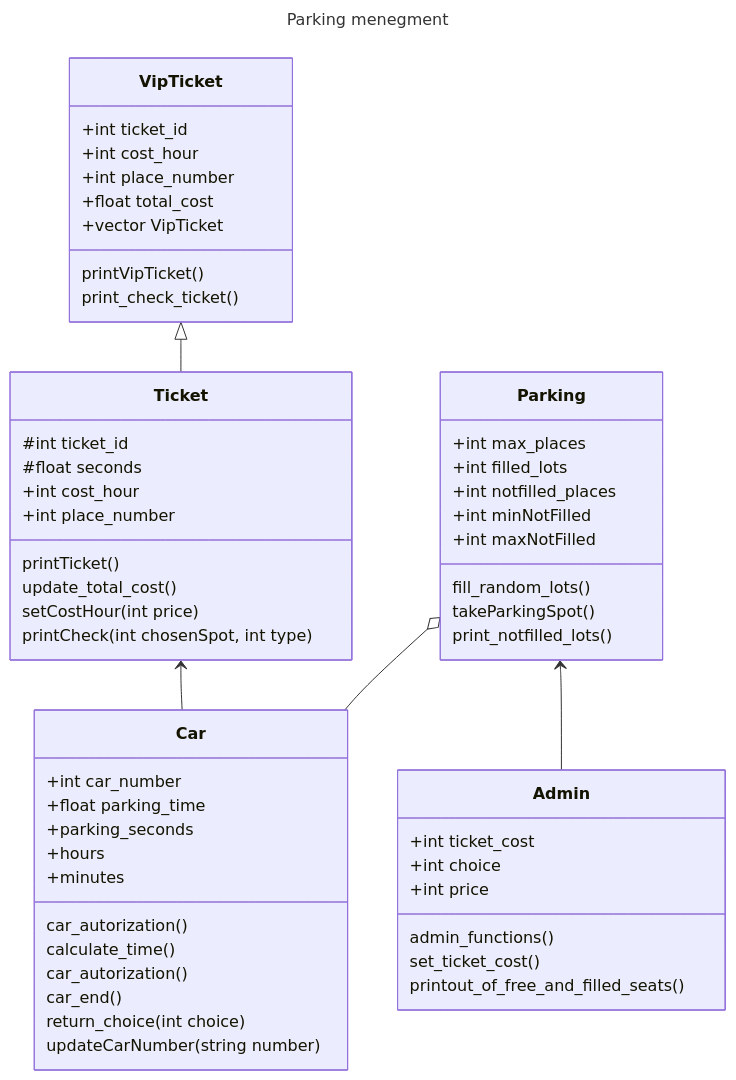
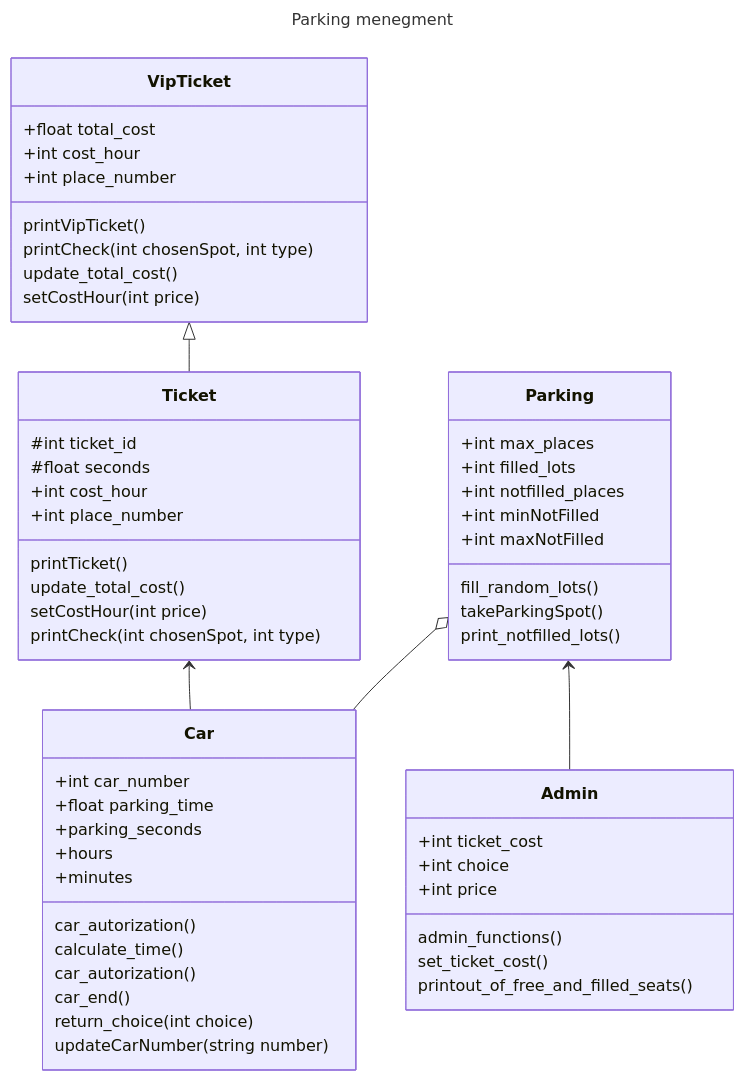
One commit to alanarzumanjan/Parking changed the diagram in diagram.md. Above: the diagram before and after it, drawn with Mermaid. The commit also changed 2 other files, not shown here.

Commit message:
Markus is so hard pony

````diff
--- a/diagram.md
+++ b/diagram.md
@@ -1,60 +1,60 @@
 ```mermaid
 --- 
 title: Parking menegment
 ---
 classDiagram
     class Car
         Car : +int car_number
         Car : +float parking_time
         Car : +parking_seconds
         Car : +hours
         Car : +minutes
         Car : car_autorization()
         Car : calculate_time()
         Car : car_autorization()
         Car : car_end()
         Car : return_choice(int choice)
         Car : updateCarNumber(string number)
 
     class Parking
         Parking : +int max_places
         Parking : +int filled_lots
         Parking : +int notfilled_places
         Parking : fill_random_lots()
         Parking : +int minNotFilled
         Parking : +int maxNotFilled
         Parking : takeParkingSpot()
         Parking : print_notfilled_lots()
 
     class Ticket
         Ticket : #int ticket_id
         Ticket : #float seconds
         Ticket : +int cost_hour
         Ticket : +int place_number
         Ticket : printTicket()
         Ticket : update_total_cost()
         Ticket : setCostHour(int price)
         Ticket : printCheck(int chosenSpot, int type)
-
+    
     class VipTicket
-        VipTicket : +int ticket_id
+        VipTicket : +float total_cost
         VipTicket : +int cost_hour
         VipTicket : +int place_number
-        VipTicket : +float total_cost
-        VipTicket : +vector VipTicket
         VipTicket : printVipTicket()
-        VipTicket : print_check_ticket()
+        VipTicket : printCheck(int chosenSpot, int type)
+        VipTicket : update_total_cost()
+        VipTicket : setCostHour(int price)
         
     class Admin
         Admin: +int ticket_cost
         Admin: +int choice
         Admin: +int price
         Admin: admin_functions()
         Admin: set_ticket_cost()
         Admin: printout_of_free_and_filled_seats()
 
     VipTicket <|-- Ticket
     Ticket <-- Car
     Parking o-- Car
     Parking <-- Admin
 ```
````
